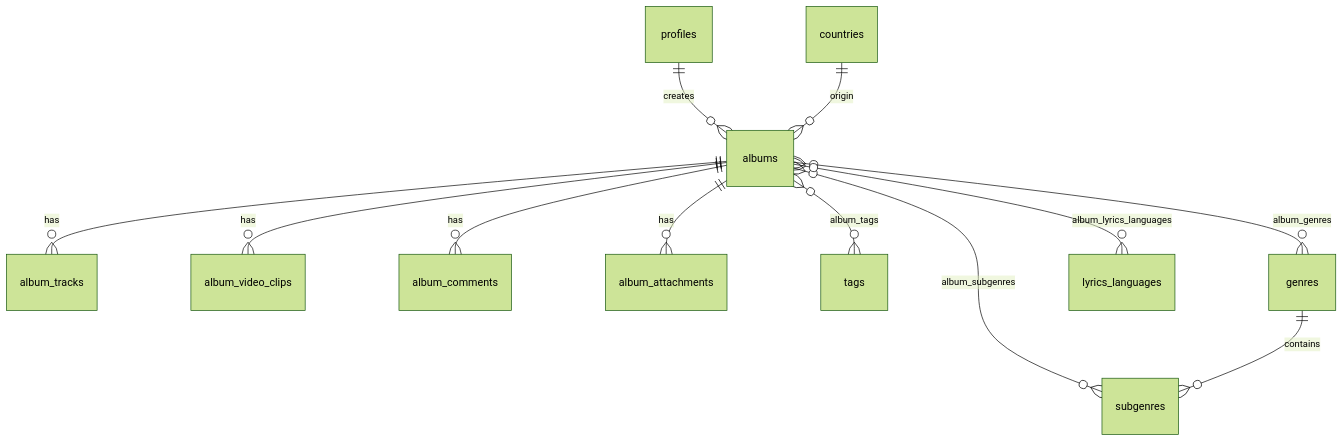
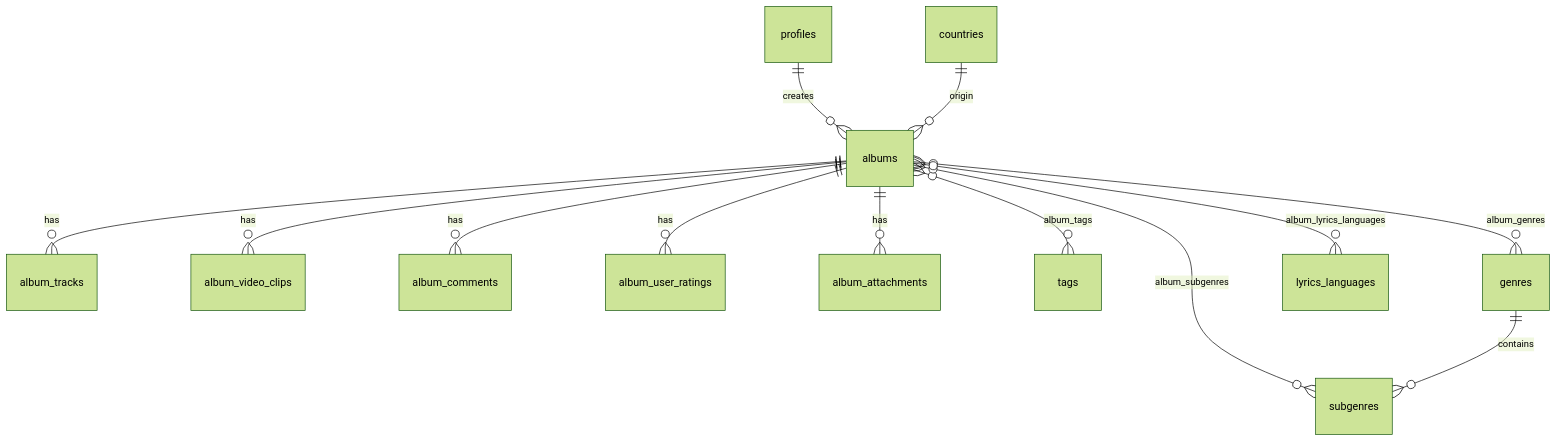
Before and after one commit to MINO-AUDITORIUMS/library: the diagram in supabase/schema/README.md, drawn with Mermaid (forest theme). The commit also changed other lines of this file and 24 other files, not shown here.

Commit message:
feat: implement user album ratings functionality with new API routes for setting and retrieving ratings; enhance album detail view and components to display user ratings and community ratings

````diff
--- a/supabase/schema/README.md
+++ b/supabase/schema/README.md
@@ -67,14 +68,15 @@
 ```mermaid
 erDiagram
   profiles ||--o{ albums : creates
   albums ||--o{ album_tracks : has
   albums ||--o{ album_video_clips : has
   albums ||--o{ album_comments : has
+  albums ||--o{ album_user_ratings : has
   albums ||--o{ album_attachments : has
   albums }o--o{ tags : album_tags
   albums }o--o{ genres : album_genres
   albums }o--o{ subgenres : album_subgenres
   albums }o--o{ lyrics_languages : album_lyrics_languages
   genres ||--o{ subgenres : contains
   countries ||--o{ albums : origin
 ```
````
